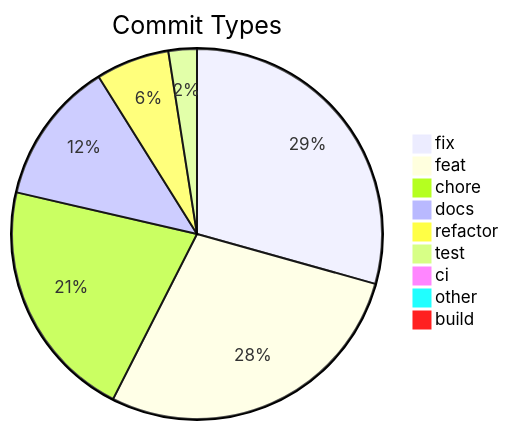
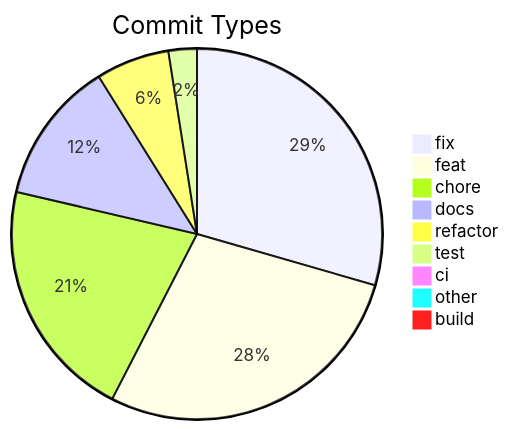
Before and after one commit to svenroth-ai/shipwright: the diagram in .shipwright/compliance/change-history.md, drawn with Mermaid. The commit also changed other lines of this file and 9 other files, not shown here.

````diff
--- a/.shipwright/compliance/change-history.md
+++ b/.shipwright/compliance/change-history.md
@@ -8,12 +8,12 @@
 ```mermaid
 pie title Commit Types
-    "fix" : 343
+    "fix" : 345
     "feat" : 329
     "chore" : 247
     "docs" : 146
     "refactor" : 75
     "test" : 29
     "ci" : 11
     "other" : 9
     "build" : 1
 ```
````
